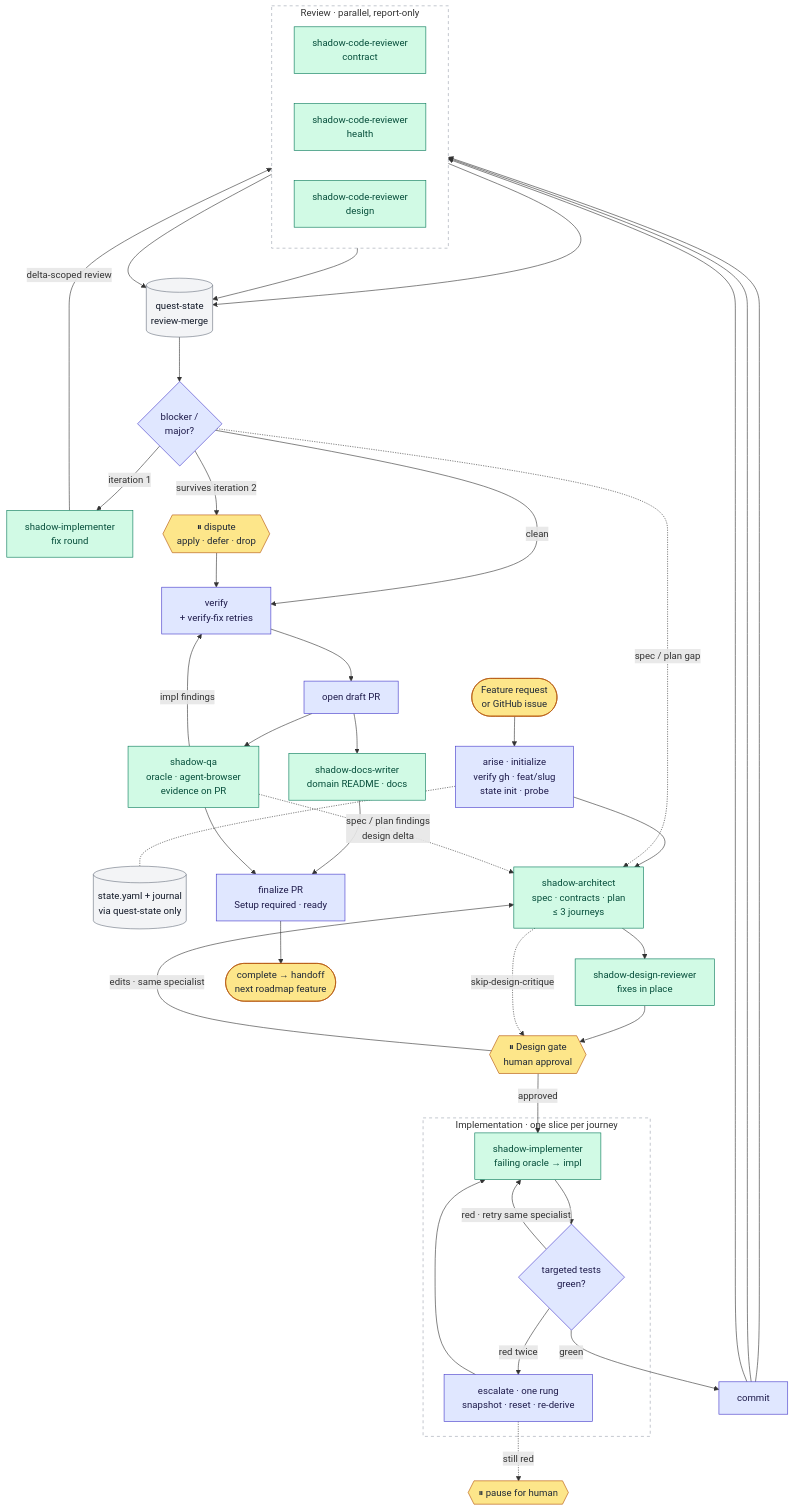
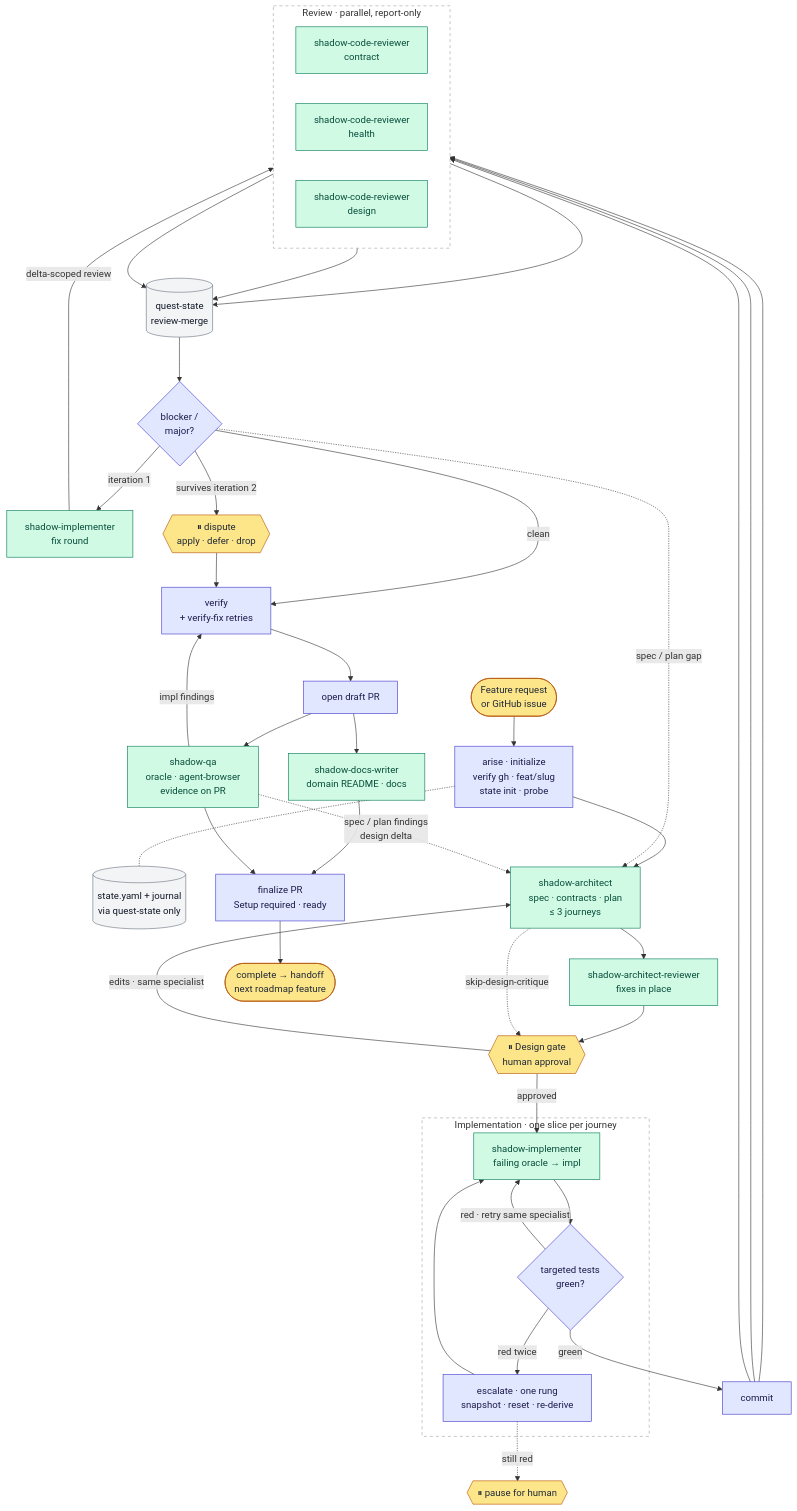
One commit to luisintosh/sddkit changed the diagram in README.md. Above: the diagram before and after it, drawn with Mermaid. The commit also changed other lines of this file and 24 other files, not shown here.

Commit message:
refactor: rename shadow-design-reviewer to shadow-architect-reviewer

````diff
--- a/README.md
+++ b/README.md
@@ -110,60 +110,60 @@
 ```mermaid
 flowchart TD
   req(["Feature request<br/>or GitHub issue"]):::human
   init["arise · initialize<br/>verify gh · feat/slug<br/>state init · probe"]:::conductor
   state[("state.yaml + journal<br/>via quest-state only")]:::state
   design["shadow-architect<br/>spec · contracts · plan<br/>≤ 3 journeys"]:::agent
-  critique["shadow-design-reviewer<br/>fixes in place"]:::agent
+  critique["shadow-architect-reviewer<br/>fixes in place"]:::agent
   gate{{"⏸ Design gate<br/>human approval"}}:::human
 
   req --> init --> design
   init -.- state
   design --> critique --> gate
   design -.->|skip-design-critique| gate
   gate -->|"edits · same specialist"| design
 
   subgraph impl["Implementation · one slice per journey"]
     implementer["shadow-implementer<br/>failing oracle → impl"]:::agent
     sensors{"targeted tests<br/>green?"}:::conductor
     escalate["escalate · one rung<br/>snapshot · reset · re-derive"]:::conductor
     implementer --> sensors
     sensors -->|"red · retry same specialist"| implementer
     sensors -->|red twice| escalate --> implementer
   end
 
   gate -->|approved| implementer
   escalate -.->|still red| pause{{"⏸ pause for human"}}:::human
   sensors -->|green| commit["commit"]:::conductor
 
   subgraph review["Review · parallel, report-only"]
     direction LR
     rc["shadow-code-reviewer<br/>contract"]:::agent
     rh["shadow-code-reviewer<br/>health"]:::agent
     rd["shadow-code-reviewer<br/>design"]:::agent
   end
 
   commit --> rc & rh & rd
   rc & rh & rd --> merge[("quest-state<br/>review-merge")]:::state
   merge --> triage{"blocker /<br/>major?"}:::conductor
   triage -->|iteration 1| fix["shadow-implementer<br/>fix round"]:::agent
   fix -->|delta-scoped review| review
   triage -->|survives iteration 2| dispute{{"⏸ dispute<br/>apply · defer · drop"}}:::human
   triage -.->|spec / plan gap| design
   triage -->|clean| verify
   dispute --> verify
 
   verify["verify<br/>+ verify-fix retries"]:::conductor --> pr["open draft PR"]:::conductor
   pr --> docs["shadow-docs-writer<br/>domain README · docs"]:::agent
   pr --> qa["shadow-qa<br/>oracle · agent-browser<br/>evidence on PR"]:::agent
   qa -->|impl findings| verify
   qa -.->|"spec / plan findings<br/>design delta"| design
   docs & qa --> finalize["finalize PR<br/>Setup required · ready"]:::conductor
   finalize --> done(["complete → handoff<br/>next roadmap feature"]):::human
 
   classDef human fill:#fde68a,stroke:#b45309,color:#1f2937
   classDef conductor fill:#e0e7ff,stroke:#4338ca,color:#1e1b4b
   classDef agent fill:#d1fae5,stroke:#047857,color:#064e3b
   classDef state fill:#f3f4f6,stroke:#6b7280,color:#111827
   style impl fill:transparent,stroke:#9ca3af,stroke-dasharray:5 5
   style review fill:transparent,stroke:#9ca3af,stroke-dasharray:5 5
 ```
````
